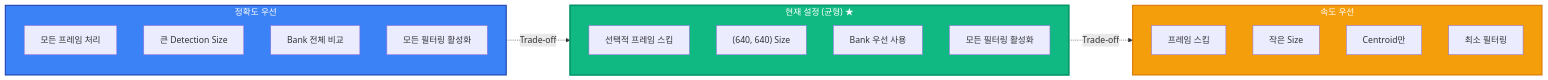
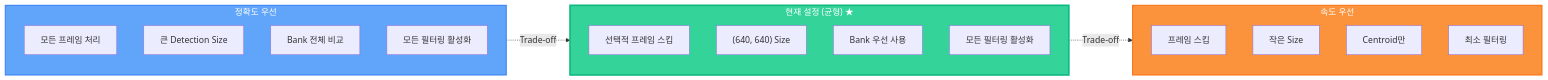
One commit to jongwoo108/EyeSis changed the fifth of 11 diagrams in PROJECT_PLAN.md. Above: the diagram before and after it, drawn with Mermaid. The commit also changed other lines of this file, not shown here.

````diff
--- a/PROJECT_PLAN.md
+++ b/PROJECT_PLAN.md
@@ -199,30 +169,30 @@
 ```mermaid
 graph LR
     subgraph Accuracy["정확도 우선"]
         A1["모든 프레임 처리"]
         A2["큰 Detection Size"]
         A3["Bank 전체 비교"]
         A4["모든 필터링 활성화"]
     end
     
     subgraph Balanced["현재 설정 (균형) ★"]
         B1["선택적 프레임 스킵"]
         B2["(640, 640) Size"]
         B3["Bank 우선 사용"]
         B4["모든 필터링 활성화"]
     end
     
     subgraph Speed["속도 우선"]
         S1["프레임 스킵"]
         S2["작은 Size"]
         S3["Centroid만"]
         S4["최소 필터링"]
     end
     
     Accuracy -.->|Trade-off| Balanced
     Balanced -.->|Trade-off| Speed
     
-    style Balanced fill:#10B981,stroke:#059669,stroke-width:3px,color:#fff
-    style Accuracy fill:#3B82F6,stroke:#1E40AF,stroke-width:2px,color:#fff
-    style Speed fill:#F59E0B,stroke:#D97706,stroke-width:2px,color:#fff
+    style Balanced fill:#34D399,stroke:#10B981,stroke-width:3px,color:#fff
+    style Accuracy fill:#60A5FA,stroke:#3B82F6,stroke-width:2px,color:#fff
+    style Speed fill:#FB923C,stroke:#F97316,stroke-width:2px,color:#fff
 ```
````
